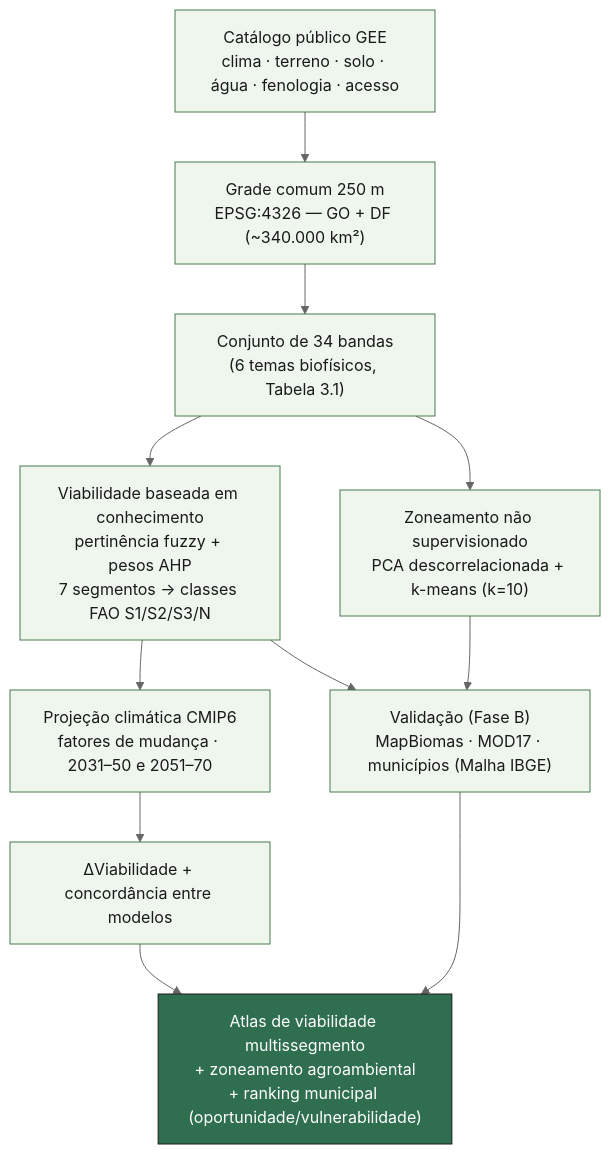
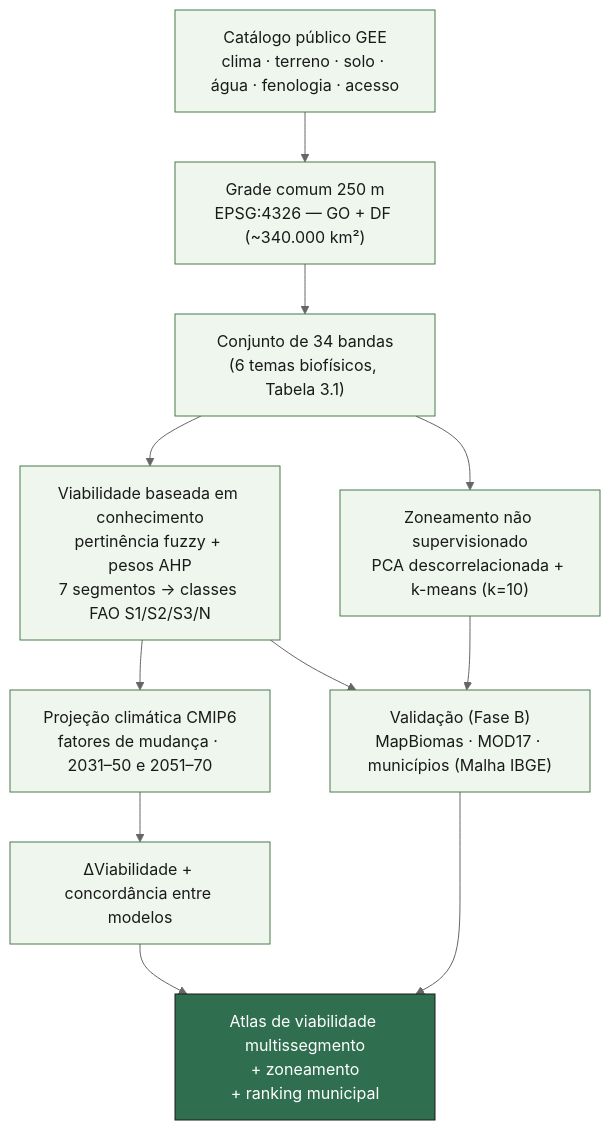
Before and after one commit to ahxsahxs/goias_suitability: the first of 3 diagrams in docs/metodologia_diagrama.md, drawn with Mermaid (neutral theme). The commit also changed 18 other files, not shown here.

````diff
--- a/docs/metodologia_diagrama.md
+++ b/docs/metodologia_diagrama.md
@@ -16,22 +16,22 @@
 ```mermaid
 flowchart TD
     A["Catálogo público GEE<br/>clima · terreno · solo · água · fenologia · acesso"] --> B["Grade comum 250 m<br/>EPSG:4326 — GO + DF (~340.000 km²)"]
     B --> C["Conjunto de 34 bandas<br/>(6 temas biofísicos, Tabela 3.1)"]
 
     C --> D["Viabilidade baseada em conhecimento<br/>pertinência fuzzy + pesos AHP<br/>7 segmentos → classes FAO S1/S2/S3/N"]
     C --> E["Zoneamento não supervisionado<br/>PCA descorrelacionada + k-means (k=10)"]
 
     D --> F["Projeção climática CMIP6<br/>fatores de mudança · 2031–50 e 2051–70"]
     F --> G["ΔViabilidade + concordância entre modelos"]
 
     D --> H["Validação (Fase B)<br/>MapBiomas · MOD17 · municípios (Malha IBGE)"]
     E --> H
 
-    G --> I["Atlas de viabilidade multissegmento<br/>+ zoneamento agroambiental<br/>+ ranking municipal (oportunidade/vulnerabilidade)"]
+    G --> I["Atlas de viabilidade multissegmento<br/>+ zoneamento<br/>+ ranking municipal"]
     H --> I
 
     classDef stage fill:#eef6ee,stroke:#4a7a4a,color:#1a1a1a;
     classDef output fill:#2f6f4f,stroke:#1a1a1a,color:#ffffff;
     class A,B,C,D,E,F,G,H stage;
     class I output;
 ```
````
